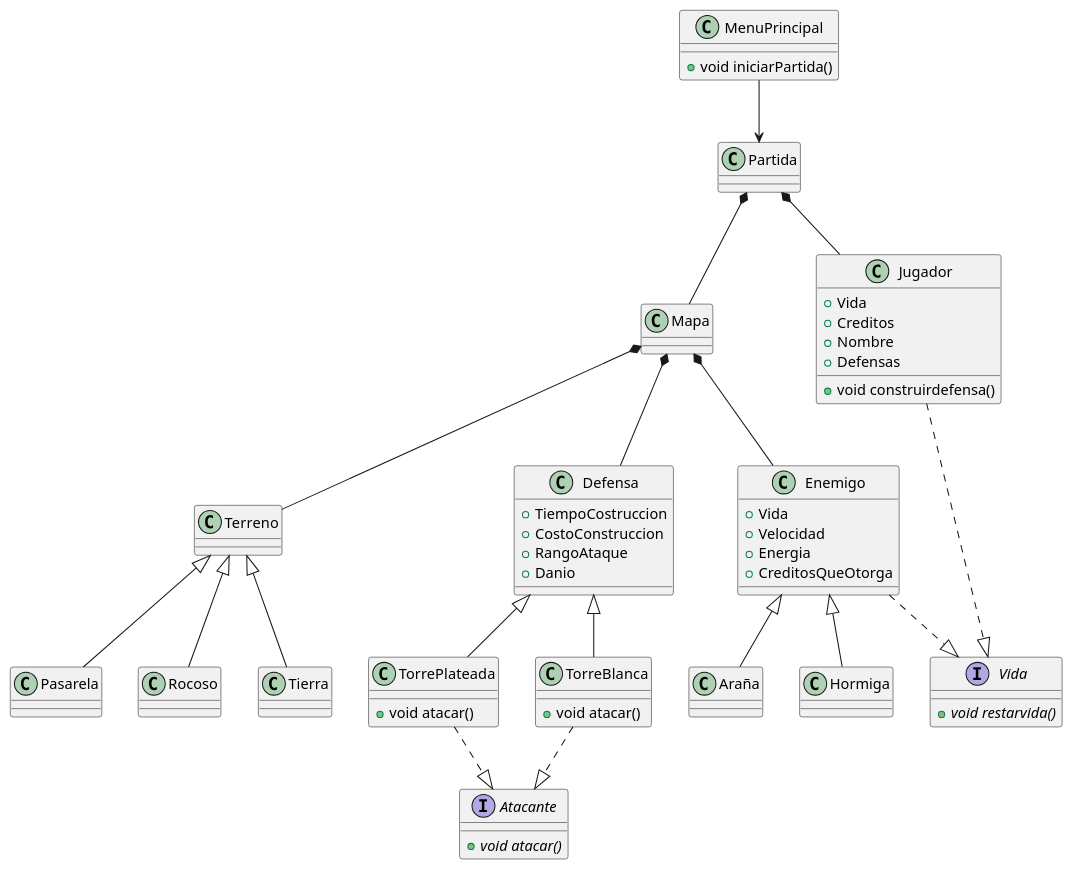
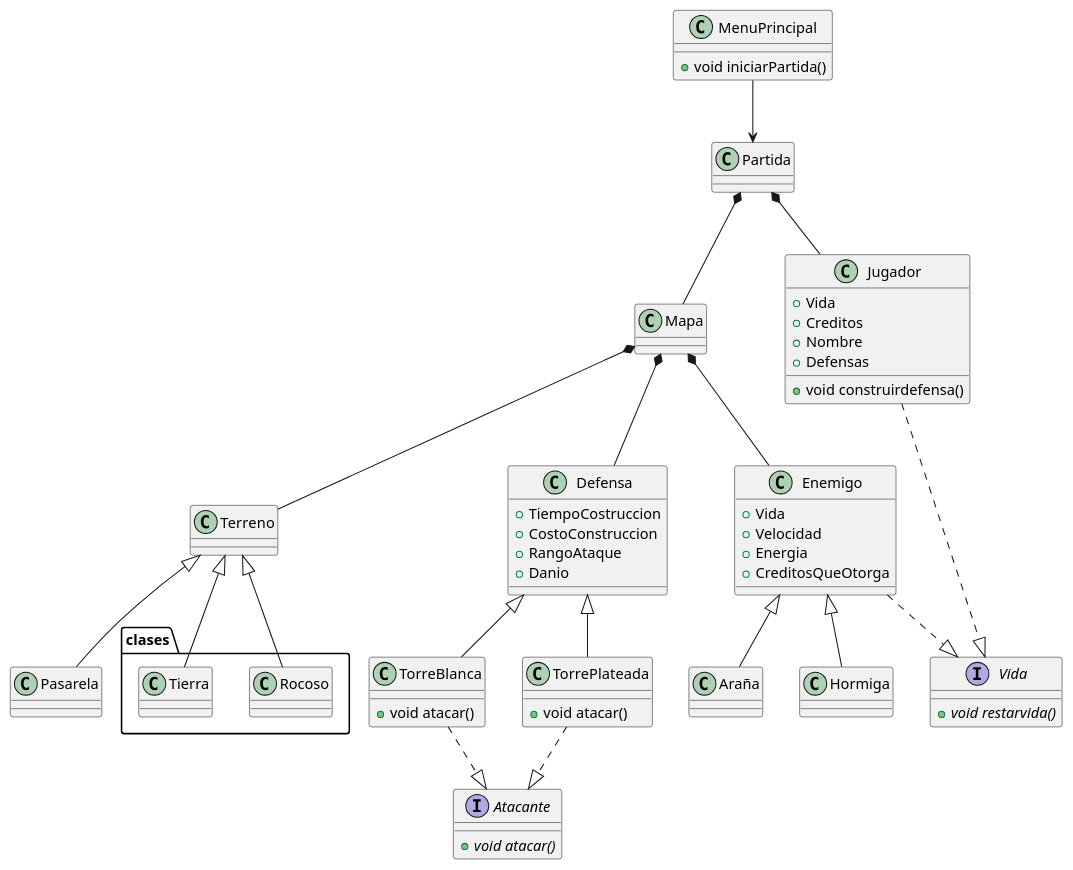
One commit to juanignaciogiacobbe/AlgoDefense_TP2 changed the diagram in diagrams/classes/General.plantuml. Above: the diagram before and after it, drawn with PlantUML. The commit also changed 7 other files, not shown here.

```diff
--- a/diagrams/classes/General.plantuml
+++ b/diagrams/classes/General.plantuml
@@ -1,84 +1,84 @@
 @startuml
 Enemigo <|-- Hormiga
 Enemigo <|-- Araña
 
 Defensa <|-- TorreBlanca
 Defensa <|-- TorrePlateada
 
 Terreno <|-- Pasarela
-Terreno <|-- Rocoso
-Terreno <|-- Tierra
+Terreno <|-- clases.Rocoso
+Terreno <|-- clases.Tierra
 
 MenuPrincipal --> Partida
 
 Mapa *-- Terreno
 
 Mapa *-- Enemigo
 Mapa *-- Defensa
 
 TorreBlanca ..|> Atacante
 TorrePlateada ..|> Atacante
 
 
 Jugador ..|> Vida
 Enemigo ..|> Vida
 
 
 Partida *-- Jugador
 
 Partida *-- Mapa
 
 
 class Enemigo{
  +Vida
  +Velocidad
  +Energia
  +CreditosQueOtorga
 
 
 }
 
 class Jugador{
  +Vida
  +Creditos
  +Nombre
  +Defensas
  +void construirdefensa()
 }
 
 
 class Defensa{
  +TiempoCostruccion
  +CostoConstruccion
  +RangoAtaque
  +Danio
 
 }
  
 class Mapa{
 
 }
 
 class MenuPrincipal{
 +void iniciarPartida()
 }
 
 
 class TorrePlateada{
 +void atacar()
 }
 
 class TorreBlanca{
 +void atacar()
 }
 
 interface Vida{
  +void {abstract} restarvida()
 }
 
 interface Atacante{
  + void {abstract} atacar()
 }
 
 
 @enduml
```
